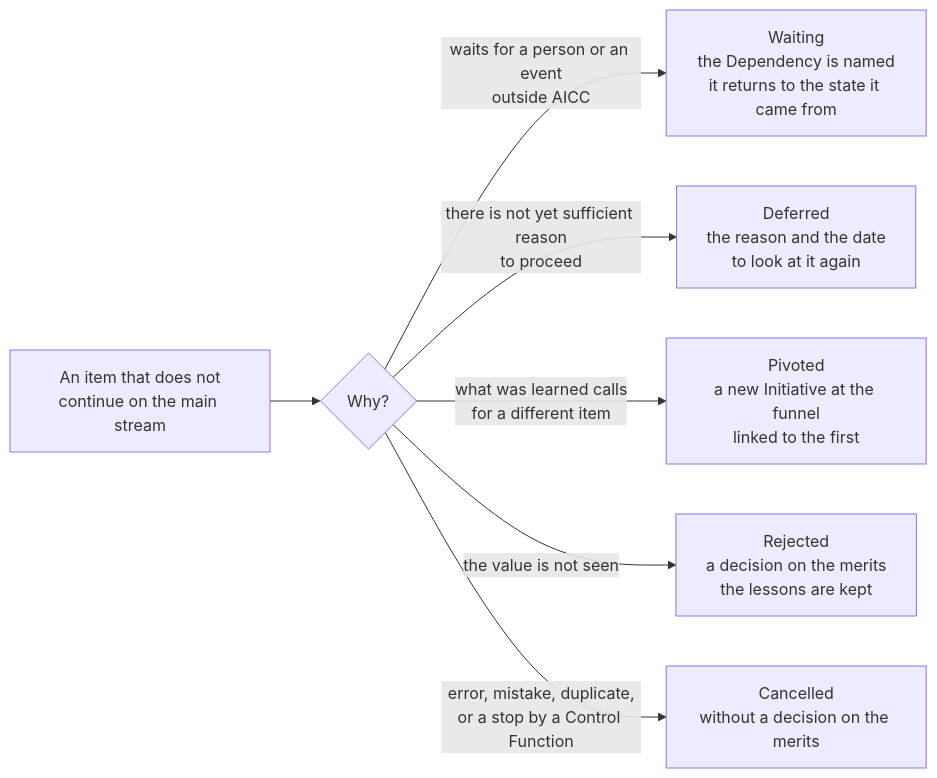
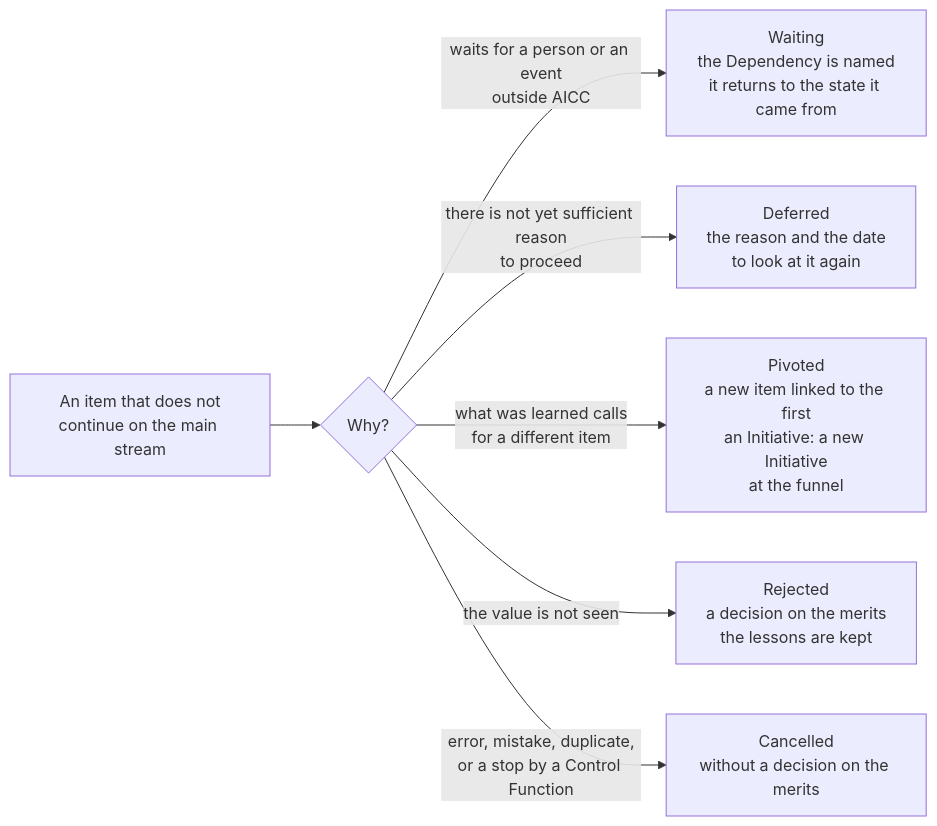
The fourth of 5 diagrams in charter/guides/service-delivery-guide.md (devhogu/ob-aicc), drawn with Mermaid before and after one commit. The commit also changed other lines of this file and 200 other files, not shown here.

````diff
--- a/charter/guides/service-delivery-guide.md
+++ b/charter/guides/service-delivery-guide.md
@@ -72,9 +73,9 @@
 ```mermaid
 flowchart LR
   IT["An item that does not<br/>continue on the main stream"] --> Q{"Why?"}
   Q -->|"waits for a person or an event<br/>outside AICC"| WT["Waiting<br/>the Dependency is named<br/>it returns to the state it came from"]
   Q -->|"there is not yet sufficient reason<br/>to proceed"| DF["Deferred<br/>the reason and the date<br/>to look at it again"]
-  Q -->|"what was learned calls<br/>for a different item"| PV["Pivoted<br/>a new Initiative at the funnel<br/>linked to the first"]
+  Q -->|"what was learned calls<br/>for a different item"| PV["Pivoted<br/>a new item linked to the first<br/>an Initiative: a new Initiative<br/>at the funnel"]
   Q -->|"the value is not seen"| RJ["Rejected<br/>a decision on the merits<br/>the lessons are kept"]
   Q -->|"error, mistake, duplicate,<br/>or a stop by a Control Function"| CN["Cancelled<br/>without a decision on the merits"]
 ```
````
